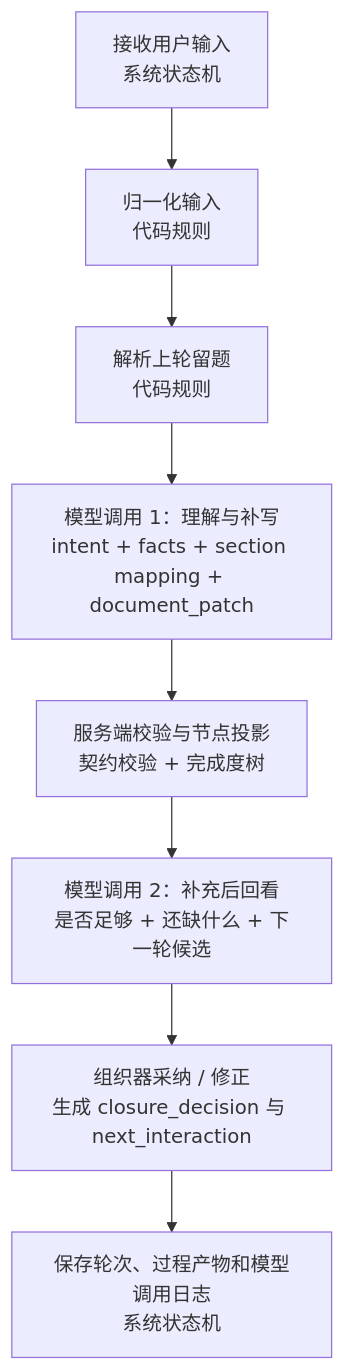
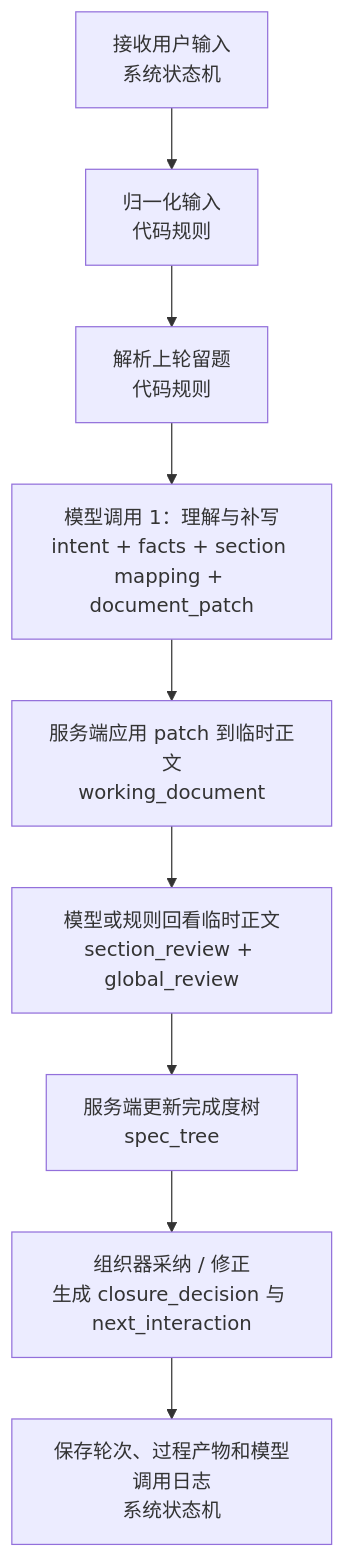
Diagram 26 of 35 in DOC/CODEX_DOC/02_设计说明/P2_需求分析系统/P2-需求分析系统设计.md (wgwtest/CodeFactoryV2), drawn with Mermaid before and after one commit. The commit also changed other lines of this file and 42 other files, not shown here.

Commit message:
feat(p2): wire lab working document flow and normalize design doc names

````diff
--- a/DOC/CODEX_DOC/02_设计说明/P2_需求分析系统/P2-需求分析系统设计.md
+++ b/DOC/CODEX_DOC/02_设计说明/P2_需求分析系统/P2-需求分析系统设计.md
@@ -2694,13 +3123,14 @@
 ```mermaid
 flowchart TB
   A["接收用户输入<br/>系统状态机"]
   B["归一化输入<br/>代码规则"]
   C["解析上轮留题<br/>代码规则"]
   D["模型调用 1：理解与补写<br/>intent + facts + section mapping + document_patch"]
-  E["服务端校验与节点投影<br/>契约校验 + 完成度树"]
-  F["模型调用 2：补充后回看<br/>是否足够 + 还缺什么 + 下一轮候选"]
-  G["组织器采纳 / 修正<br/>生成 closure_decision 与 next_interaction"]
-  H["保存轮次、过程产物和模型调用日志<br/>系统状态机"]
+  E["服务端应用 patch 到临时正文<br/>working_document"]
+  F["模型或规则回看临时正文<br/>section_review + global_review"]
+  G["服务端更新完成度树<br/>spec_tree"]
+  H["组织器采纳 / 修正<br/>生成 closure_decision 与 next_interaction"]
+  I["保存轮次、过程产物和模型调用日志<br/>系统状态机"]
 
-  A --> B --> C --> D --> E --> F --> G --> H
+  A --> B --> C --> D --> E --> F --> G --> H --> I
 ```
````
